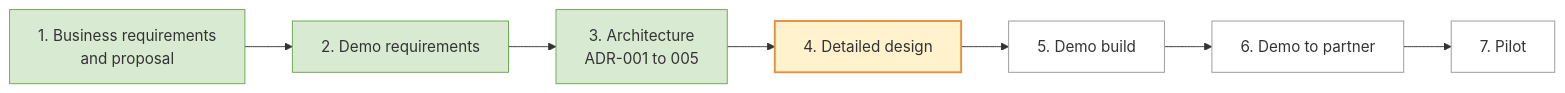
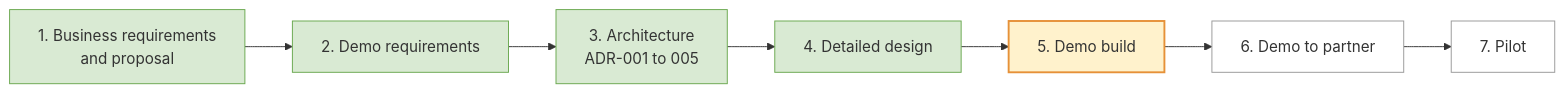
Before and after one commit to ring9834/TableReservation: the diagram in README.md, drawn with Mermaid. The commit also changed other lines of this file and 8 other files, not shown here.

````diff
--- a/README.md
+++ b/README.md
@@ -16,10 +16,10 @@
 ```mermaid
 flowchart LR
     p1[1. Business requirements<br/>and proposal] --> p2[2. Demo requirements] --> p3[3. Architecture<br/>ADR-001 to 005] --> p4[4. Detailed design] --> p5[5. Demo build] --> p6[6. Demo to partner] --> p7[7. Pilot]
     classDef done fill:#d9ead3,stroke:#6aa84f
     classDef now fill:#fff2cc,stroke:#e69138,stroke-width:2px
     classDef next fill:#ffffff,stroke:#999999
-    class p1,p2,p3 done
-    class p4 now
-    class p5,p6,p7 next
+    class p1,p2,p3,p4 done
+    class p5 now
+    class p6,p7 next
 ```
````
